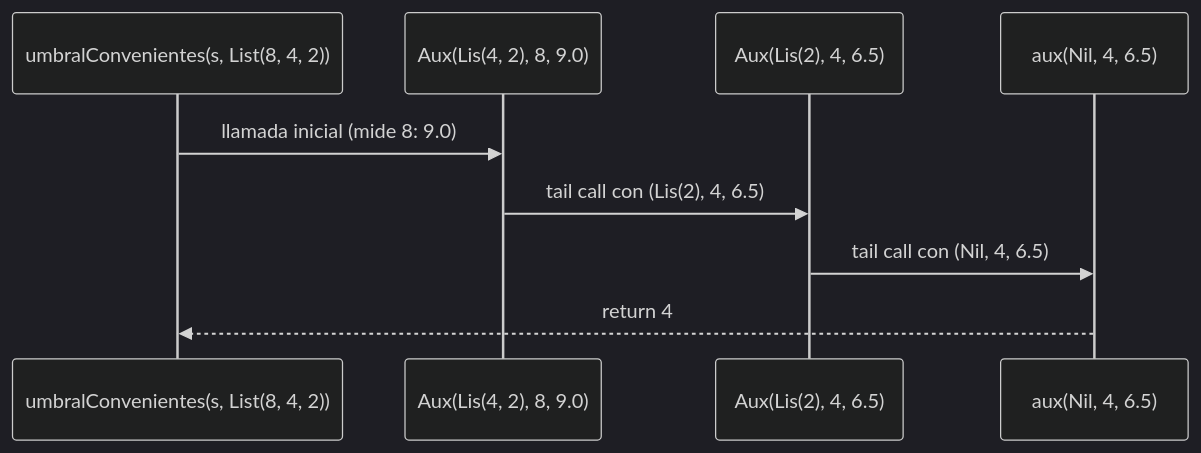
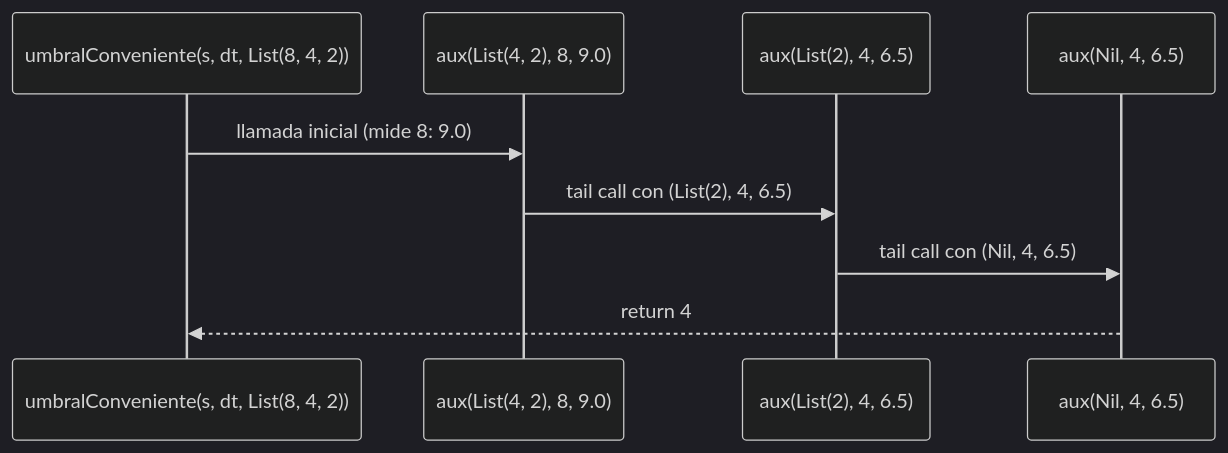
One commit to EjerciciosClasesCardel/pfc-taller-4-simulacion-particulas changed the sixth of 7 diagrams in docs/proceso.md. Above: the diagram before and after it, drawn with Mermaid (dark theme). The commit also changed other lines of this file and 1 other file, not shown here.

````diff
--- a/docs/proceso.md
+++ b/docs/proceso.md
@@ -584,12 +584,12 @@
 ```mermaid
 sequenceDiagram
-    participant Main as umbralConvenientes(s, List(8, 4, 2))
-    participant L1 as Aux(Lis(4, 2), 8, 9.0)
-    participant L2 as Aux(Lis(2), 4, 6.5)
+    participant Main as umbralConveniente(s, dt, List(8, 4, 2))
+    participant L1 as aux(List(4, 2), 8, 9.0)
+    participant L2 as aux(List(2), 4, 6.5)
     participant L3 as aux(Nil, 4, 6.5)
 
     Main->>L1: llamada inicial (mide 8: 9.0)
-    L1->>L2: tail call con (Lis(2), 4, 6.5)
+    L1->>L2: tail call con (List(2), 4, 6.5)
     L2->>L3: tail call con (Nil, 4, 6.5)
     L3-->>Main: return 4
 ```
````
